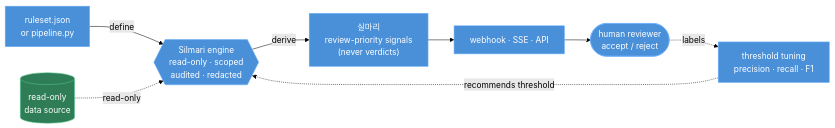
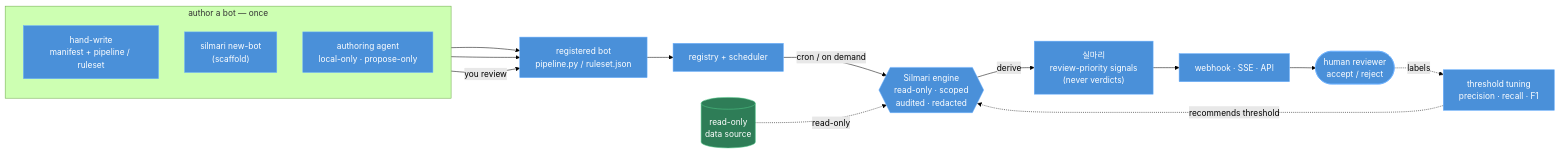
The diagram in README.md (douinc/silmari), drawn with Mermaid (forest theme) before and after one commit. The commit also changed other lines of this file, not shown here.

Commit message:
README: show the bot lifecycle in the flow diagram (#12)
The "How it works" diagram started mid-story (it assumed a bot already existed). Add the authoring
phase so it answers when/how a bot comes to be: hand-write / `silmari new-bot` / the local-only
authoring agent (propose-only, you review) → registered bot → registry + scheduler runs it on a
cron or on demand → the existing read-only · scoped · audited run loop → 실마리 → review → tuning.

````diff
--- a/README.md
+++ b/README.md
@@ -29,21 +29,32 @@
 ```mermaid
 flowchart LR
-    rules["ruleset.json<br/>or pipeline.py"]
+    subgraph author["author a bot — once"]
+        direction TB
+        a1["hand-write<br/>manifest + pipeline / ruleset"]
+        a2["silmari new-bot<br/>(scaffold)"]
+        a3["authoring agent<br/>local-only · propose-only"]
+    end
+    bot["registered bot<br/>pipeline.py / ruleset.json"]
+    reg["registry + scheduler"]
     src[("read-only<br/>data source")]
     engine{{"Silmari engine<br/>read-only · scoped<br/>audited · redacted"}}
     signals["실마리<br/>review-priority signals<br/>(never verdicts)"]
     sinks["webhook · SSE · API"]
     human(["human reviewer<br/>accept / reject"])
     tuning["threshold tuning<br/>precision · recall · F1"]
 
-    rules -->|define| engine
+    a1 --> bot
+    a2 --> bot
+    a3 -->|you review| bot
+    bot --> reg
+    reg -->|cron / on demand| engine
     src -. read-only .-> engine
     engine -->|derive| signals
     signals --> sinks --> human
     human -. labels .-> tuning
     tuning -. recommends threshold .-> engine
 
     classDef default fill:#4a90d9,stroke:#6ab0ff,color:#fff
     classDef store fill:#2e7d57,stroke:#52c98a,color:#fff
     class src store
 ```
````
